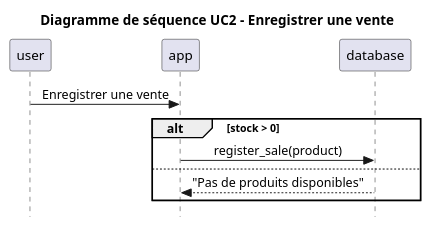
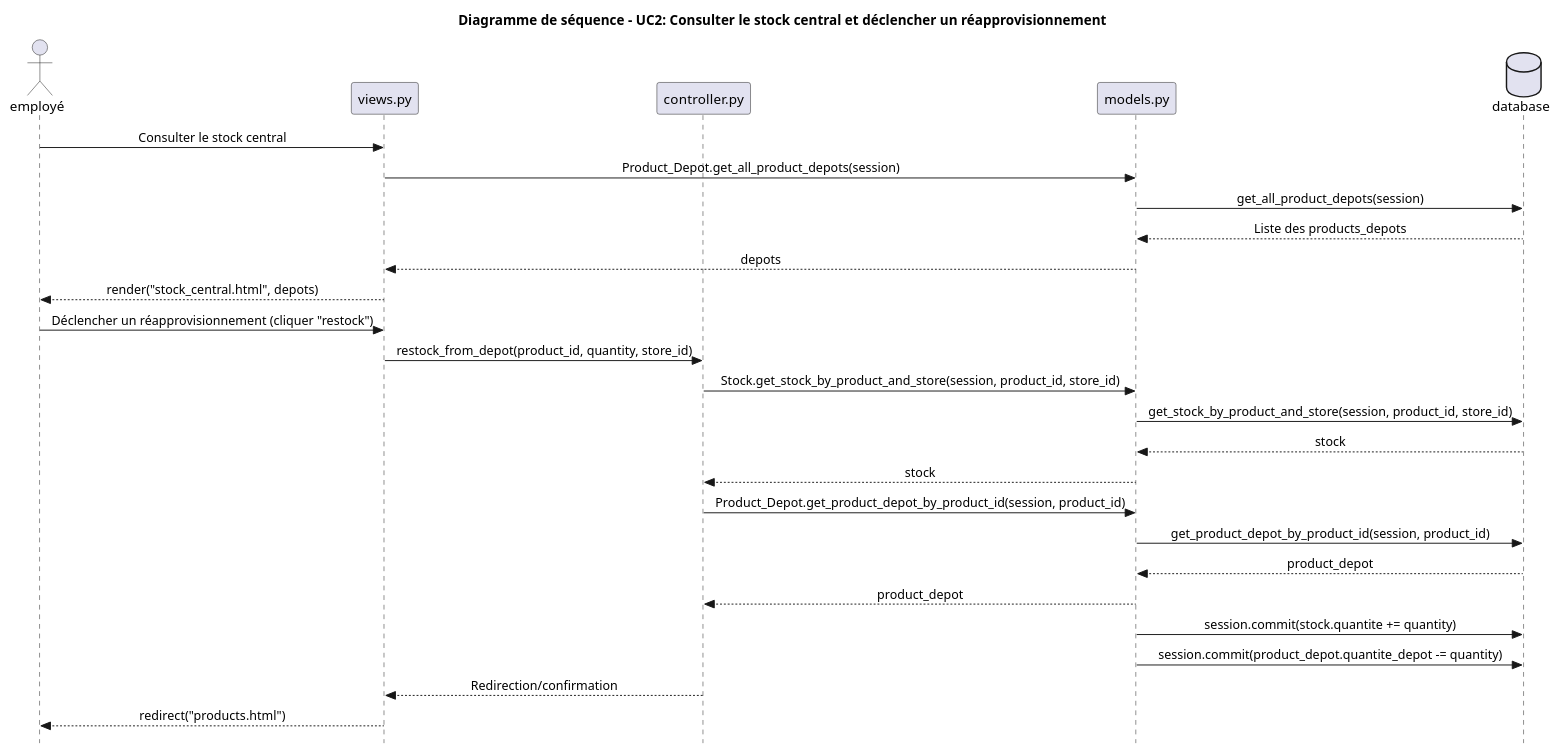
Before and after one commit to LojanArunasalam/LOG430-Lab2: the diagram in docs/diagrams/sequence_diagram_UC2.puml, drawn with PlantUML. The commit also changed 17 other files, not shown here.

```diff
--- a/docs/diagrams/sequence_diagram_UC2.puml
+++ b/docs/diagrams/sequence_diagram_UC2.puml
@@ -1,20 +1,40 @@
 @startuml
 skinparam style strictuml
 skinparam defaultfontname Verdana
 skinparam sequence {
     MessageAlign center
 }
 
-title Diagramme de séquence UC2 - Enregistrer une vente
+title Diagramme de séquence - UC2: Consulter le stock central et déclencher un réapprovisionnement
 
-participant "user" as user
-participant "app" as app
-participant "database" as db 
+actor employé as user
+participant "views.py" as vue
+participant "controller.py" as controller
+participant "models.py" as model
+database "database" as db
 
-user -> app : Enregistrer une vente 
-alt stock > 0
-    app -> db : register_sale(product)
-else 
-    db --> app : "Pas de produits disponibles"
-end
+user -> vue : Consulter le stock central
+vue -> model : Product_Depot.get_all_product_depots(session)
+model -> db : get_all_product_depots(session)
+db --> model : Liste des products_depots
+model --> vue : depots
+vue --> user : render("stock_central.html", depots)
+
+user -> vue : Déclencher un réapprovisionnement (cliquer "restock")
+vue -> controller : restock_from_depot(product_id, quantity, store_id)
+controller -> model : Stock.get_stock_by_product_and_store(session, product_id, store_id)
+model -> db : get_stock_by_product_and_store(session, product_id, store_id)
+db --> model : stock
+model --> controller : stock
+controller -> model : Product_Depot.get_product_depot_by_product_id(session, product_id)
+model -> db : get_product_depot_by_product_id(session, product_id)
+db --> model : product_depot
+model --> controller : product_depot
+model -> db : session.commit(stock.quantite += quantity)
+model -> db : session.commit(product_depot.quantite_depot -= quantity)
+controller --> vue : Redirection/confirmation
+vue --> user : redirect("products.html")
+
+
+
 @enduml
```
